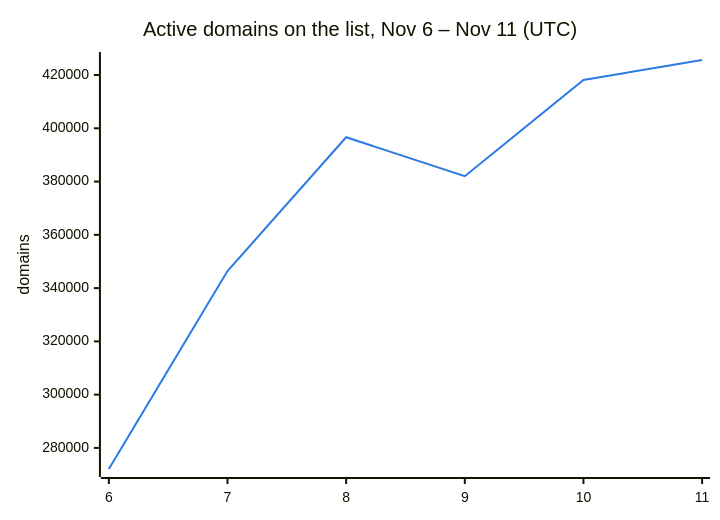
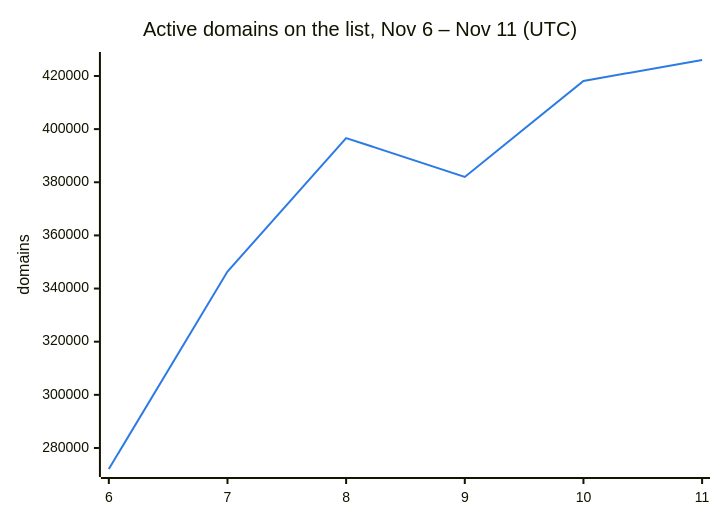
Before and after one commit to DNSBunker/CTI: the second of 3 diagrams in README.md, drawn with Mermaid. The commit also changed other lines of this file and 3 other files, not shown here.

````diff
--- a/README.md
+++ b/README.md
@@ -38,8 +38,8 @@
 ```mermaid
 %%{init: {"themeVariables": {"xyChart": {"plotColorPalette": "#2c7be5"}}}}%%
 xychart-beta
     title "Active domains on the list, Nov 6 – Nov 11 (UTC)"
     x-axis ["6", "7", "8", "9", "10", "11"]
     y-axis "domains"
-    line [272088, 346388, 396638, 382009, 418143, 425636]
+    line [272088, 346388, 396638, 382009, 418143, 426010]
 ```
````
